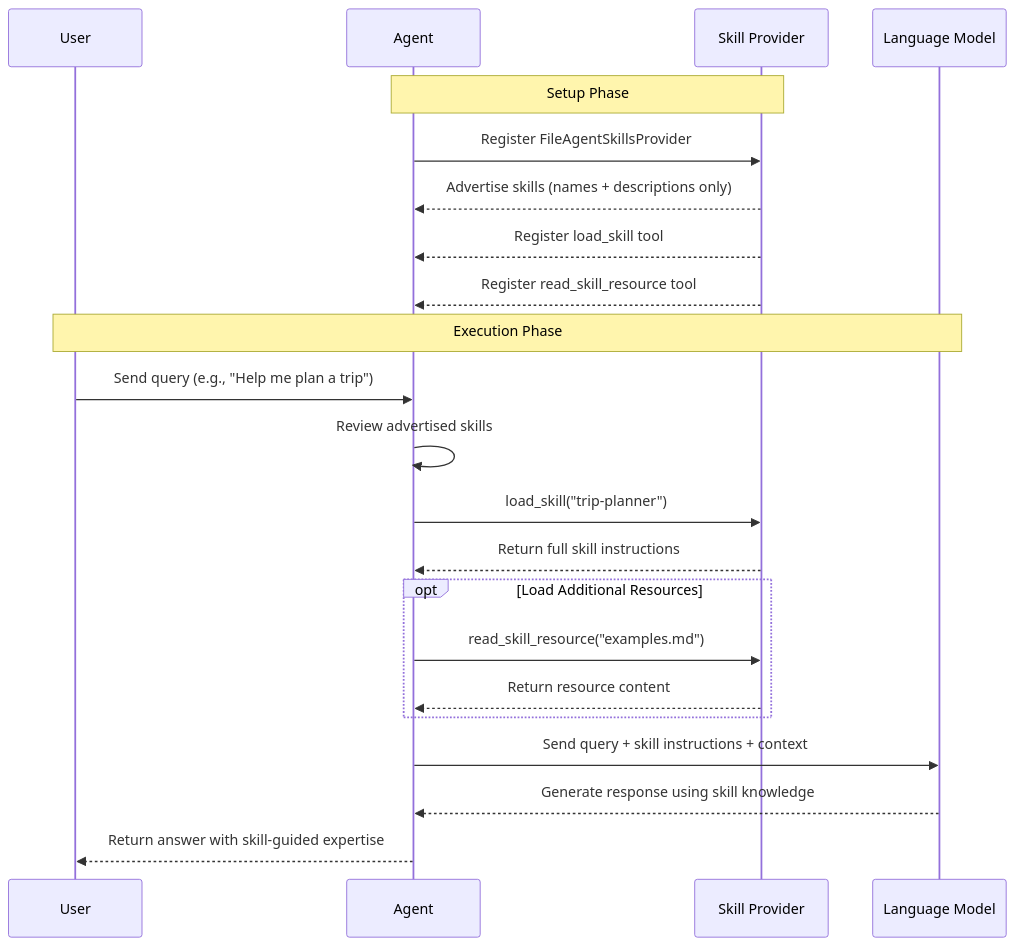
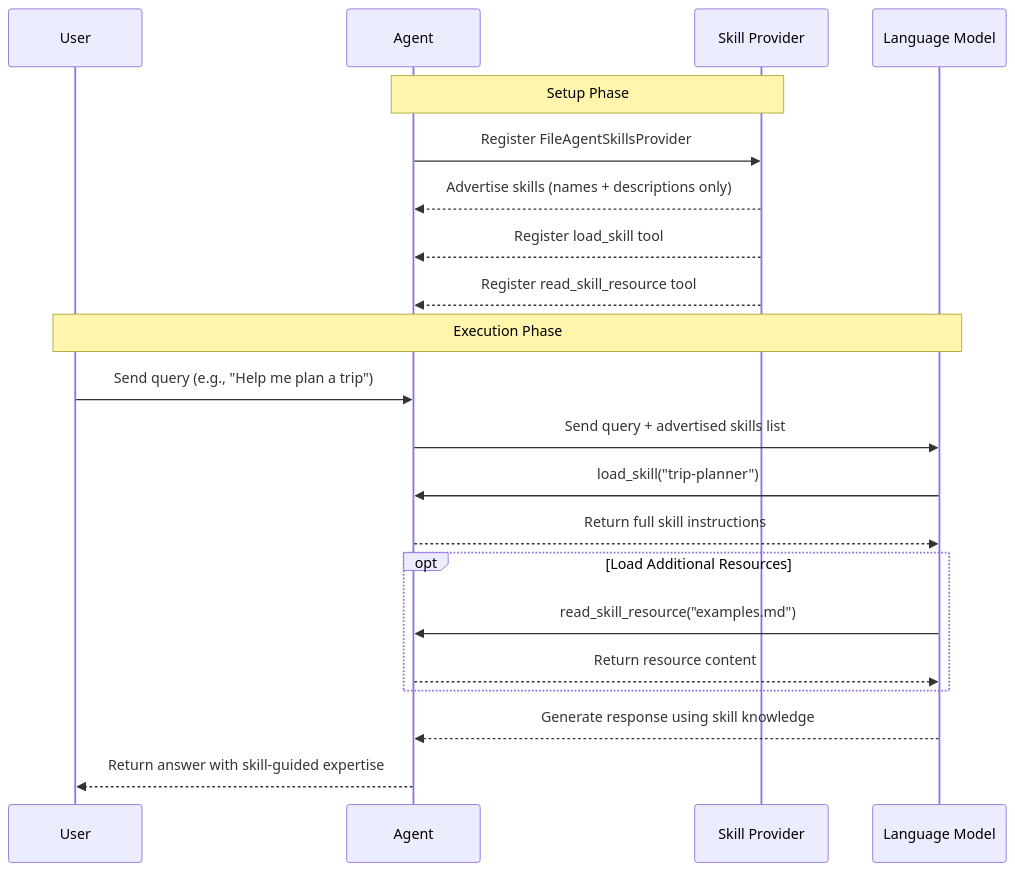
The diagram in labs/00-foundations/lab03-skills/README.md (binarytrails-ai/aigenius-maf-travel-assistant), drawn with Mermaid before and after one commit. The commit also changed other lines of this file, not shown here.

Commit message:
fix sequence diagram

````diff
--- a/labs/00-foundations/lab03-skills/README.md
+++ b/labs/00-foundations/lab03-skills/README.md
@@ -88,26 +88,25 @@
 ```mermaid
 sequenceDiagram
     participant User
     participant Agent
     participant Skill Provider
     participant Language Model
 
     Note over Agent,Skill Provider: Setup Phase
     Agent->>Skill Provider: Register FileAgentSkillsProvider
     Skill Provider-->>Agent: Advertise skills (names + descriptions only)
     Skill Provider-->>Agent: Register load_skill tool
     Skill Provider-->>Agent: Register read_skill_resource tool
 
     Note over User,Language Model: Execution Phase
     User->>Agent: Send query (e.g., "Help me plan a trip")
-    Agent->>Agent: Review advertised skills
-    Agent->>Skill Provider: load_skill("trip-planner")
-    Skill Provider-->>Agent: Return full skill instructions
+    Agent->>Language Model: Send query + advertised skills list
+    Language Model->>Agent: load_skill("trip-planner")
+    Agent-->>Language Model: Return full skill instructions
     opt Load Additional Resources
-        Agent->>Skill Provider: read_skill_resource("examples.md")
-        Skill Provider-->>Agent: Return resource content
+        Language Model->>Agent: read_skill_resource("examples.md")
+        Agent-->>Language Model: Return resource content
     end
-    Agent->>Language Model: Send query + skill instructions + context
     Language Model-->>Agent: Generate response using skill knowledge
     Agent-->>User: Return answer with skill-guided expertise
 ```
````
